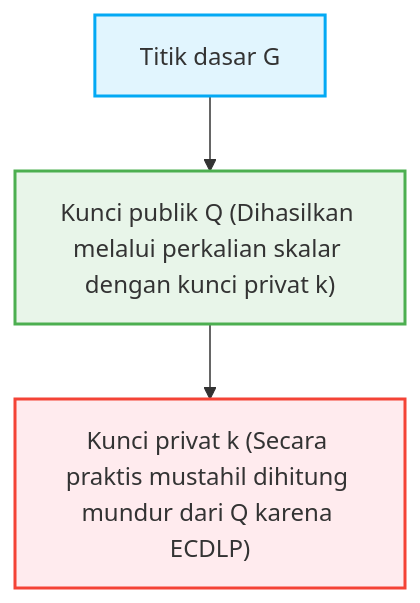
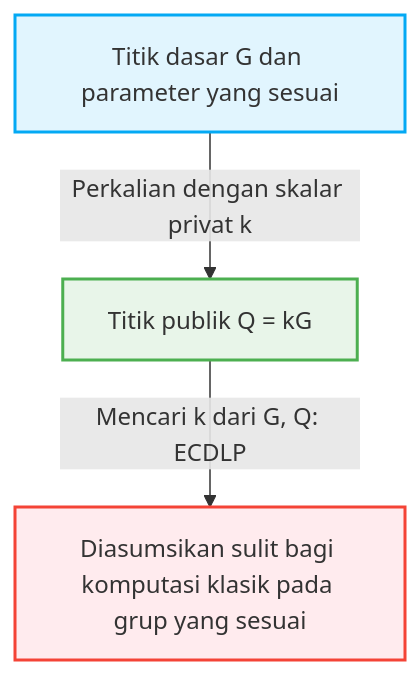
The second of 2 diagrams in content/post/public-key-cryptography-rsa-ecc/index.id.md (kenjinote/blog), drawn with Mermaid before and after one commit. The commit also changed other lines of this file and 5 other files, not shown here.

````diff
--- a/content/post/public-key-cryptography-rsa-ecc/index.id.md
+++ b/content/post/public-key-cryptography-rsa-ecc/index.id.md
@@ -123,8 +165,8 @@
 ```mermaid
 graph TD
-    A["Titik dasar G"] --> B["Kunci publik Q (Dihasilkan melalui perkalian skalar dengan kunci privat k)"]
-    B --> C["Kunci privat k (Secara praktis mustahil dihitung mundur dari Q karena ECDLP)"]
+    A["Titik dasar G dan parameter yang sesuai"] -->|"Perkalian dengan skalar privat k"| B["Titik publik Q = kG"]
+    B -->|"Mencari k dari G, Q: ECDLP"| C["Diasumsikan sulit bagi komputasi klasik pada grup yang sesuai"]
     style A fill:#e1f5fe,stroke:#03a9f4,stroke-width:2px
     style B fill:#e8f5e9,stroke:#4caf50,stroke-width:2px
     style C fill:#ffebee,stroke:#f44336,stroke-width:2px
 ```
````
